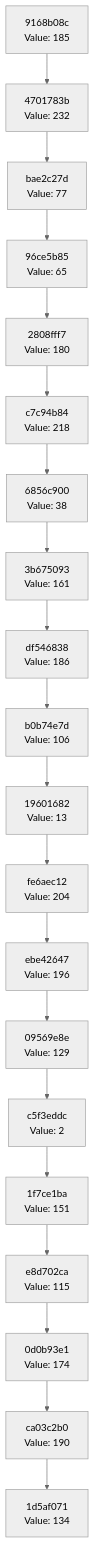
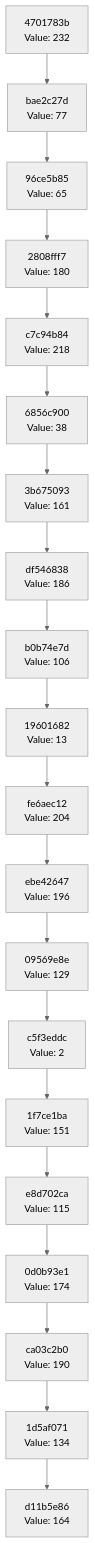
One commit to Abhisheksinha1506/hash-chain-evolver changed the diagram in docs/CHAIN_VISUALIZATION.md. Above: the diagram before and after it, drawn with Mermaid (neutral theme). The commit also changed 2 other files, not shown here.

Commit message:
Evolution Step

````diff
--- a/docs/CHAIN_VISUALIZATION.md
+++ b/docs/CHAIN_VISUALIZATION.md
@@ -3,42 +3,42 @@
 ```mermaid
 graph TD
-    C0["1d5af071<br/>Value: 134"]
-    C1["ca03c2b0<br/>Value: 190"]
+    C0["d11b5e86<br/>Value: 164"]
+    C1["1d5af071<br/>Value: 134"]
     C1 --> C0
-    C2["0d0b93e1<br/>Value: 174"]
+    C2["ca03c2b0<br/>Value: 190"]
     C2 --> C1
-    C3["e8d702ca<br/>Value: 115"]
+    C3["0d0b93e1<br/>Value: 174"]
     C3 --> C2
-    C4["1f7ce1ba<br/>Value: 151"]
+    C4["e8d702ca<br/>Value: 115"]
     C4 --> C3
-    C5["c5f3eddc<br/>Value: 2"]
+    C5["1f7ce1ba<br/>Value: 151"]
     C5 --> C4
-    C6["09569e8e<br/>Value: 129"]
+    C6["c5f3eddc<br/>Value: 2"]
     C6 --> C5
-    C7["ebe42647<br/>Value: 196"]
+    C7["09569e8e<br/>Value: 129"]
     C7 --> C6
-    C8["fe6aec12<br/>Value: 204"]
+    C8["ebe42647<br/>Value: 196"]
     C8 --> C7
-    C9["19601682<br/>Value: 13"]
+    C9["fe6aec12<br/>Value: 204"]
     C9 --> C8
-    C10["b0b74e7d<br/>Value: 106"]
+    C10["19601682<br/>Value: 13"]
     C10 --> C9
-    C11["df546838<br/>Value: 186"]
+    C11["b0b74e7d<br/>Value: 106"]
     C11 --> C10
-    C12["3b675093<br/>Value: 161"]
+    C12["df546838<br/>Value: 186"]
     C12 --> C11
-    C13["6856c900<br/>Value: 38"]
+    C13["3b675093<br/>Value: 161"]
     C13 --> C12
-    C14["c7c94b84<br/>Value: 218"]
+    C14["6856c900<br/>Value: 38"]
     C14 --> C13
-    C15["2808fff7<br/>Value: 180"]
+    C15["c7c94b84<br/>Value: 218"]
     C15 --> C14
-    C16["96ce5b85<br/>Value: 65"]
+    C16["2808fff7<br/>Value: 180"]
     C16 --> C15
-    C17["bae2c27d<br/>Value: 77"]
+    C17["96ce5b85<br/>Value: 65"]
     C17 --> C16
-    C18["4701783b<br/>Value: 232"]
+    C18["bae2c27d<br/>Value: 77"]
     C18 --> C17
-    C19["9168b08c<br/>Value: 185"]
+    C19["4701783b<br/>Value: 232"]
     C19 --> C18
 ```
````
